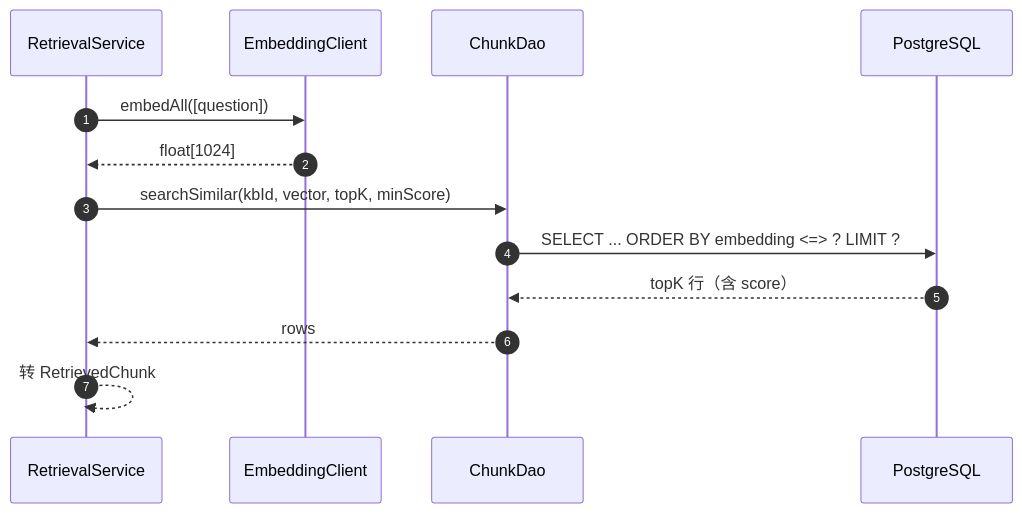
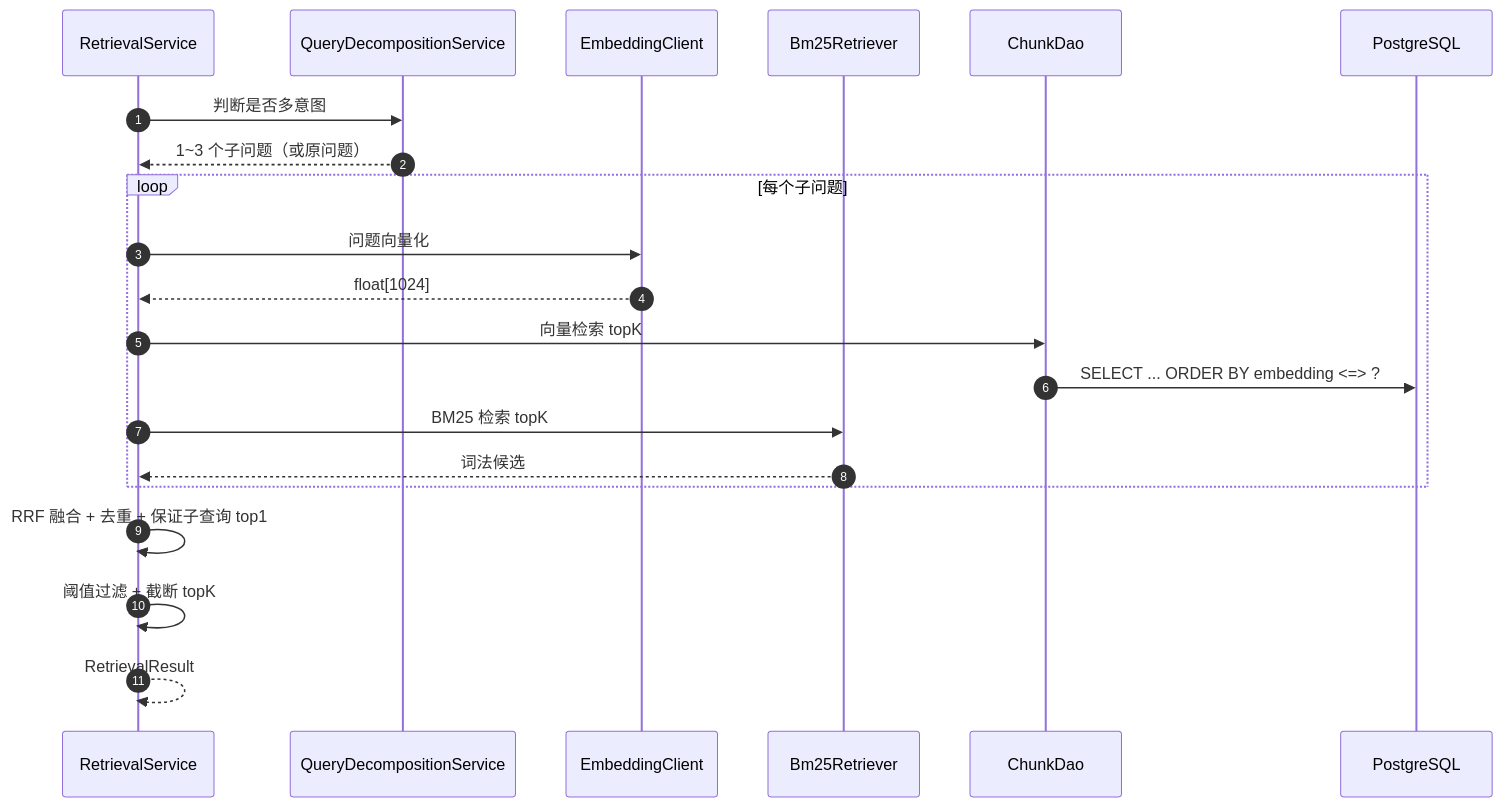
One commit to Kagtro/AI-RAG_training changed the fifth of 6 diagrams in docs/architecture.md. Above: the diagram before and after it, drawn with Mermaid. The commit also changed other lines of this file and 2 other files, not shown here.

First line of the commit message:
docs: rewrite README and architecture for current system

````diff
--- a/docs/architecture.md
+++ b/docs/architecture.md
@@ -227,16 +309,24 @@
 ```mermaid
 sequenceDiagram
     autonumber
     participant S as RetrievalService
+    participant Q as QueryDecompositionService
     participant E as EmbeddingClient
+    participant B as Bm25Retriever
     participant D as ChunkDao
     participant PG as PostgreSQL
 
-    S->>E: embedAll([question])
-    E-->>S: float[1024]
-    S->>D: searchSimilar(kbId, vector, topK, minScore)
-    D->>PG: SELECT ... ORDER BY embedding <=> ? LIMIT ?
-    PG-->>D: topK 行（含 score）
-    D-->>S: rows
-    S-->>S: 转 RetrievedChunk
+    S->>Q: 判断是否多意图
+    Q-->>S: 1~3 个子问题（或原问题）
+    loop 每个子问题
+        S->>E: 问题向量化
+        E-->>S: float[1024]
+        S->>D: 向量检索 topK
+        D->>PG: SELECT ... ORDER BY embedding <=> ?
+        S->>B: BM25 检索 topK
+        B-->>S: 词法候选
+    end
+    S->>S: RRF 融合 + 去重 + 保证子查询 top1
+    S->>S: 阈值过滤 + 截断 topK
+    S-->>S: RetrievalResult
 ```
````
